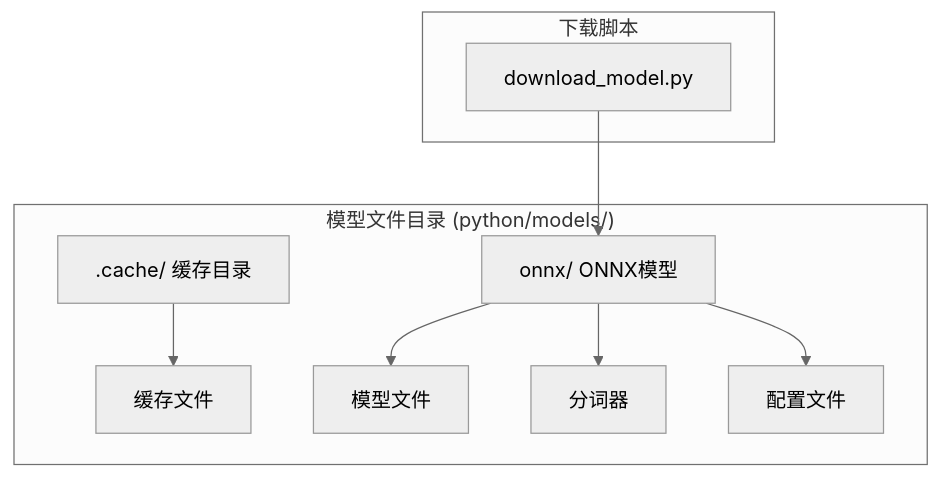
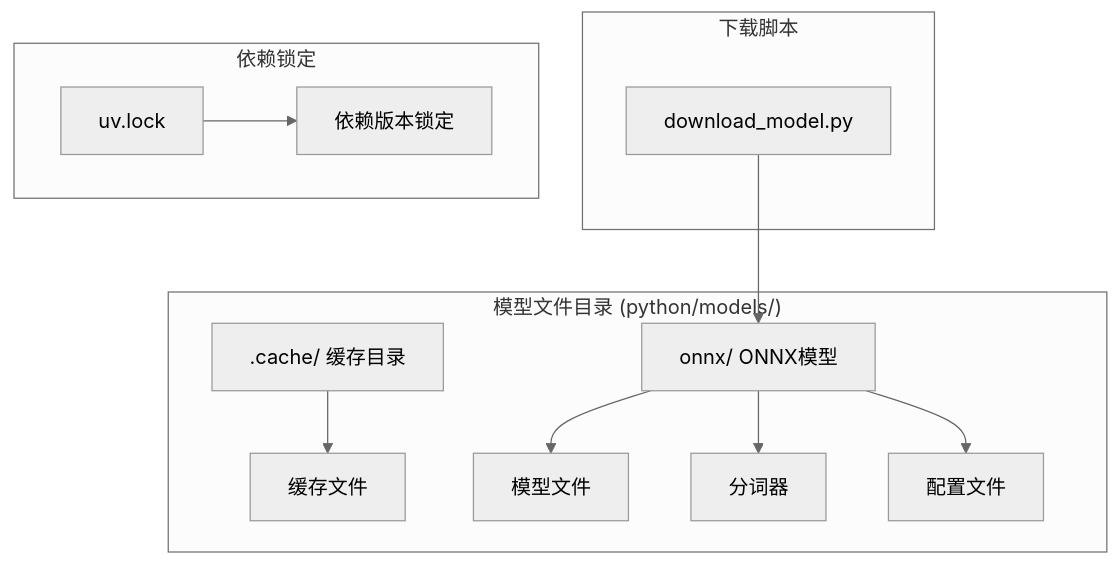
Before and after one commit to L1mingyoung/ex: the third of 3 diagrams in .qoder/repowiki/zh/content/部署与运维/部署指南.md, drawn with Mermaid (neutral theme). The commit also changed other lines of this file and 14 other files, not shown here.

````diff
--- a/.qoder/repowiki/zh/content/部署与运维/部署指南.md
+++ b/.qoder/repowiki/zh/content/部署与运维/部署指南.md
@@ -493,15 +502,19 @@
 ```mermaid
 graph TB
 subgraph "模型文件目录 (python/models/)"
 CacheDir[.cache/ 缓存目录]
 OnnxDir[onnx/ ONNX模型]
 CacheDir --> CacheFiles[缓存文件]
 OnnxDir --> ModelFiles[模型文件]
 OnnxDir --> Tokenizer[分词器]
 OnnxDir --> Config[配置文件]
 end
 subgraph "下载脚本"
 DownloadScript[download_model.py]
 DownloadScript --> OnnxDir
 end
+subgraph "依赖锁定"
+UVLock[uv.lock]
+UVLock --> Dependencies[依赖版本锁定]
+end
 ```
````
